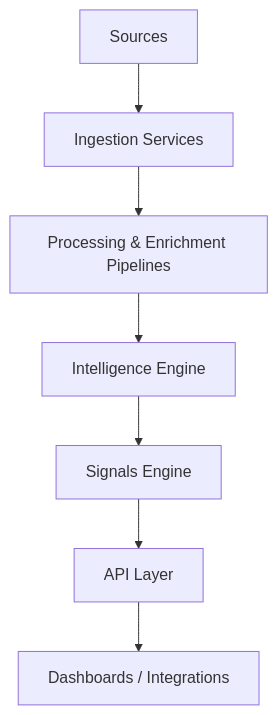
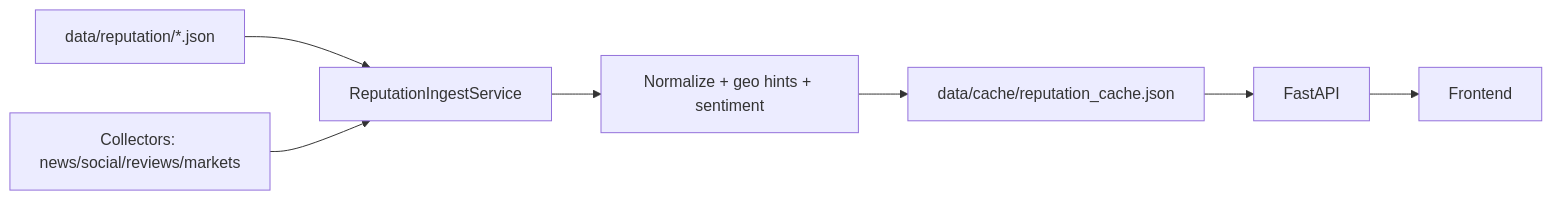
Before and after one commit to felixdelbarrio/Global_Overview_Radar: the second of 4 diagrams in docs/ARCHITECTURE.md, drawn with Mermaid. The commit also changed other lines of this file and 32 other files, not shown here.

````diff
--- a/docs/ARCHITECTURE.md
+++ b/docs/ARCHITECTURE.md
@@ -43,9 +40,9 @@
 ```mermaid
-flowchart TB
-  S[Sources] --> I[Ingestion Services]
-  I --> P[Processing & Enrichment Pipelines]
-  P --> INT[Intelligence Engine]
-  INT --> SIG[Signals Engine]
-  SIG --> API[API Layer]
-  API --> UI[Dashboards / Integrations]
+flowchart LR
+  A[data/reputation/*.json] --> B[ReputationIngestService]
+  C[Collectors: news/social/reviews/markets] --> B
+  B --> D[Normalize + geo hints + sentiment]
+  D --> E[data/cache/reputation_cache.json]
+  E --> F[FastAPI]
+  F --> G[Frontend]
 ```
````
